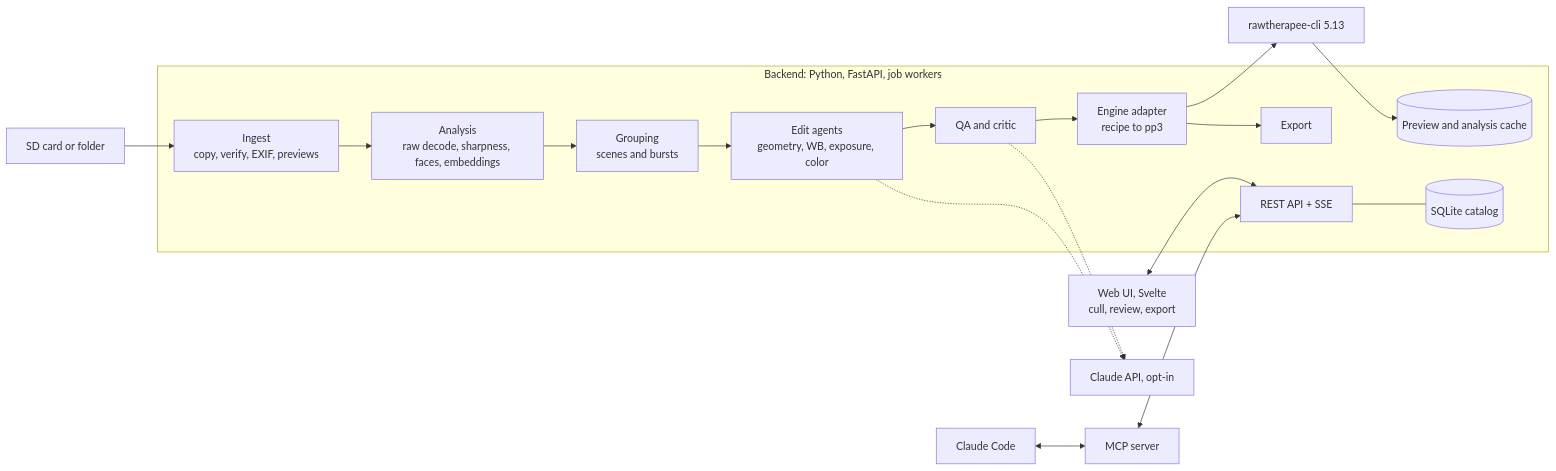
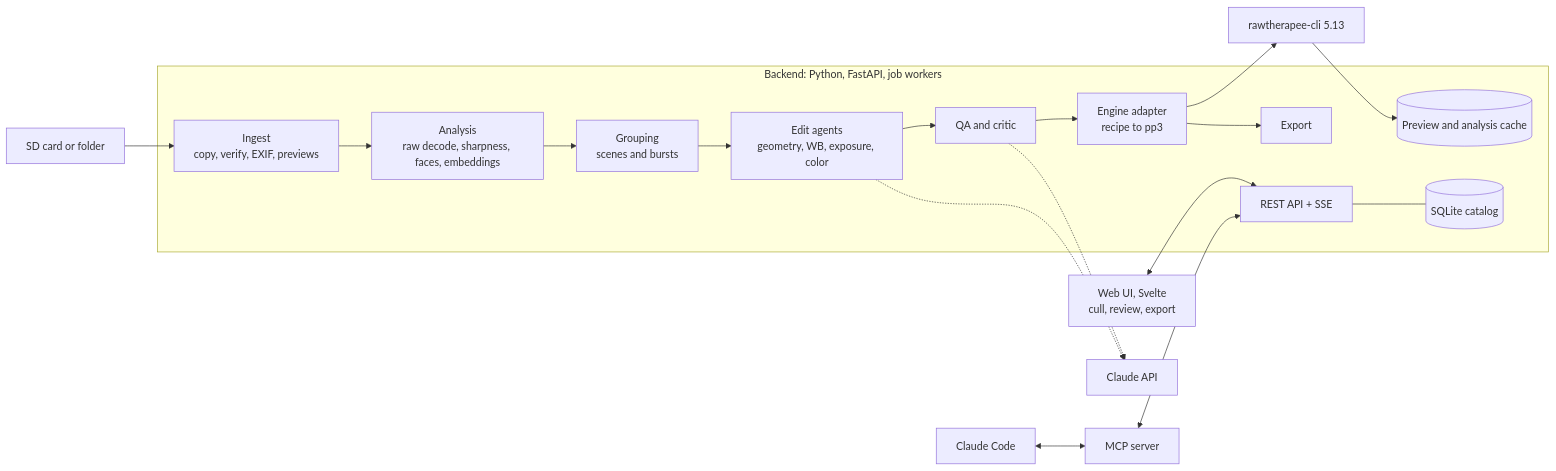
Before and after one commit to aleereza/raw-image-editor: the first of 2 diagrams in IMPLEMENTATION_PLAN.md, drawn with Mermaid. The commit also changed other lines of this file and 1 other file, not shown here.

````diff
--- a/IMPLEMENTATION_PLAN.md
+++ b/IMPLEMENTATION_PLAN.md
@@ -68,30 +78,30 @@
 ```mermaid
 flowchart LR
   CARD["SD card or folder"]
   subgraph Backend["Backend: Python, FastAPI, job workers"]
     API["REST API + SSE"]
     ING["Ingest<br/>copy, verify, EXIF, previews"]
     ANA["Analysis<br/>raw decode, sharpness, faces, embeddings"]
     GRP["Grouping<br/>scenes and bursts"]
     AG["Edit agents<br/>geometry, WB, exposure, color"]
     QA["QA and critic"]
     ENG["Engine adapter<br/>recipe to pp3"]
     EXP["Export"]
     DB[("SQLite catalog")]
     CACHE[("Preview and analysis cache")]
   end
   RT["rawtherapee-cli 5.13"]
-  LLM["Claude API, opt-in"]
+  LLM["Claude API"]
   UI["Web UI, Svelte<br/>cull, review, export"]
   MCP["MCP server"]
   CC["Claude Code"]
   CARD --> ING --> ANA --> GRP --> AG --> QA --> ENG --> RT
   RT --> CACHE
   ENG --> EXP
   AG -.-> LLM
   QA -.-> LLM
   API --- DB
   UI <--> API
   CC <--> MCP
   MCP <--> API
 ```
````
